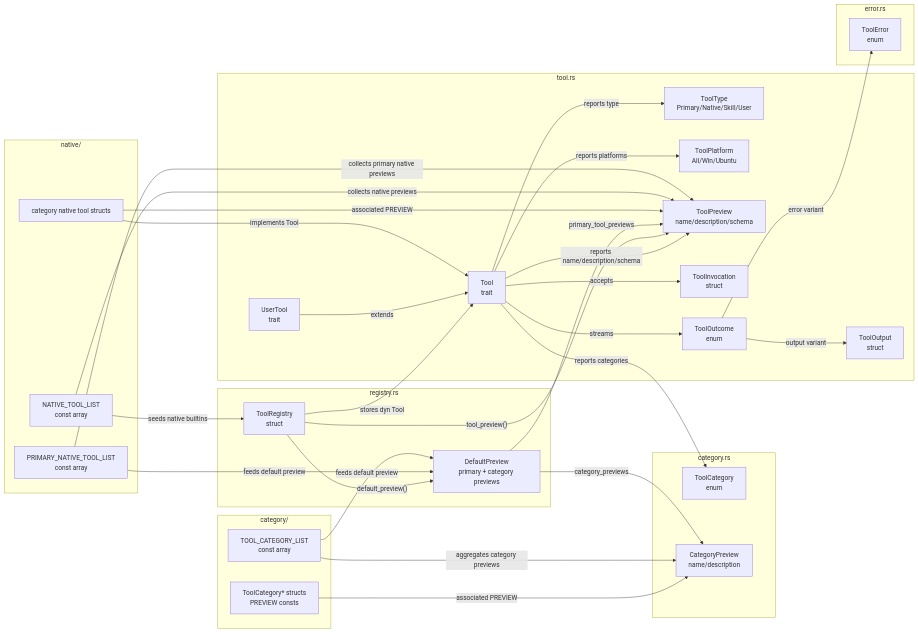
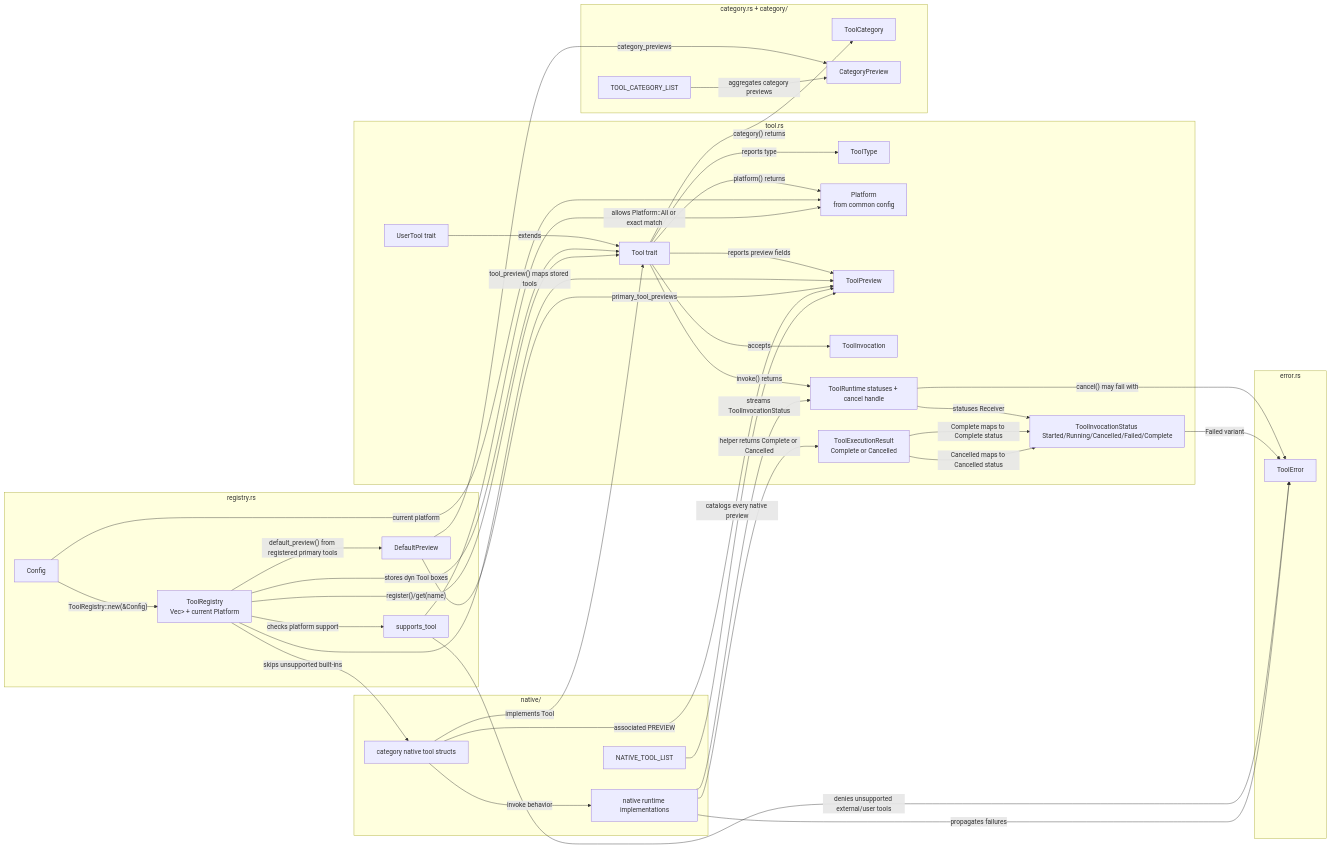
Before and after one commit to DexterDreeeam/Marix: the diagram in src/client/tool/.workflow.mmd, drawn with Mermaid. The commit also changed 51 other files, not shown here.

Commit message:
Unify tool runtime metadata

```diff
--- a/src/client/tool/.workflow.mmd
+++ b/src/client/tool/.workflow.mmd
@@ -1,60 +1,64 @@
 flowchart LR
-  subgraph category_rs["category.rs"]
-    ToolCategory["ToolCategory\nenum"]
-    CategoryPreview["CategoryPreview\nname/description"]
+  subgraph tool_rs["tool.rs"]
+    ToolType["ToolType"]
+    Platform["Platform\nfrom common config"]
+    ToolTrait["Tool trait"]
+    UserTool["UserTool trait"]
+    ToolPreview["ToolPreview"]
+    ToolInvocation["ToolInvocation"]
+    ToolRuntime["ToolRuntime statuses + cancel handle"]
+    ToolInvocationStatus["ToolInvocationStatus Started/Running/Cancelled/Failed/Complete"]
+    ToolExecutionResult["ToolExecutionResult<T>\nComplete or Cancelled"]
+  end
+  subgraph registry_rs["registry.rs"]
+    Config["Config"]
+    DefaultPreview["DefaultPreview"]
+    ToolRegistry["ToolRegistry\nVec<Box<dyn Tool>> + current Platform"]
+    SupportCheck["supports_tool"]
+  end
+  subgraph error_rs["error.rs"]
+    ToolError["ToolError"]
+  end
+  subgraph category["category.rs + category/"]
+    ToolCategory["ToolCategory"]
+    CategoryPreview["CategoryPreview"]
+    ToolCategoryList["TOOL_CATEGORY_LIST"]
+  end
+  subgraph native["native/"]
+    NativeToolList["NATIVE_TOOL_LIST"]
+    NativeToolStructs["category native tool structs"]
+    NativeRuntimeImplementations["native runtime implementations"]
   end
 
-  subgraph tool_rs["tool.rs"]
-    ToolType["ToolType\nPrimary/Native/Skill/User"]
-    ToolPlatform["ToolPlatform\nAll/Win/Ubuntu"]
-    ToolTrait["Tool\ntrait"]
-    UserTool["UserTool\ntrait"]
-    ToolPreview["ToolPreview\nname/description/schema"]
-    ToolInvocation["ToolInvocation\nstruct"]
-    ToolOutput["ToolOutput\nstruct"]
-    ToolOutcome["ToolOutcome\nenum"]
-  end
-
-  subgraph category_folder["category/"]
-    ToolCategoryStructs["ToolCategory* structs\nPREVIEW consts"]
-    ToolCategoryList["TOOL_CATEGORY_LIST\nconst array"]
-  end
-
-  subgraph registry_rs["registry.rs"]
-    DefaultPreview["DefaultPreview\nprimary + category previews"]
-    ToolRegistry["ToolRegistry\nstruct"]
-  end
-
-  subgraph error_rs["error.rs"]
-    ToolError["ToolError\nenum"]
-  end
-
-  subgraph native["native/"]
-    PrimaryNativeToolList["PRIMARY_NATIVE_TOOL_LIST\nconst array"]
-    NativeToolList["NATIVE_TOOL_LIST\nconst array"]
-    NativeToolStructs["category native tool structs"]
-  end
-
-  ToolCategoryStructs -->|"associated PREVIEW"| CategoryPreview
-  ToolCategoryList -->|"aggregates category previews"| CategoryPreview
   ToolTrait -->|"reports type"| ToolType
-  ToolTrait -->|"reports platforms"| ToolPlatform
-  ToolTrait -->|"reports categories"| ToolCategory
-  ToolTrait -->|"reports name/description/schema"| ToolPreview
+  ToolTrait -->|"platform() returns"| Platform
+  ToolTrait -->|"category() returns"| ToolCategory
+  ToolTrait -->|"reports preview fields"| ToolPreview
   ToolTrait -->|"accepts"| ToolInvocation
-  ToolTrait -->|"streams"| ToolOutcome
+  ToolTrait -->|"invoke() returns"| ToolRuntime
+  ToolRuntime -->|"statuses Receiver"| ToolInvocationStatus
+  ToolRuntime -->|"cancel() may fail with"| ToolError
+  ToolInvocationStatus -->|"Failed variant"| ToolError
   UserTool -->|"extends"| ToolTrait
-  ToolOutcome -->|"output variant"| ToolOutput
-  ToolOutcome -->|"error variant"| ToolError
-  ToolRegistry -->|"stores dyn Tool"| ToolTrait
-  ToolRegistry -->|"default_preview()"| DefaultPreview
-  ToolRegistry -->|"tool_preview()"| ToolPreview
+  Config -->|"ToolRegistry::new(&Config)"| ToolRegistry
+  Config -->|"current platform"| Platform
+  ToolRegistry -->|"stores dyn Tool boxes"| ToolTrait
+  ToolRegistry -->|"register()/get(name)"| ToolTrait
+  ToolRegistry -->|"checks platform support"| SupportCheck
+  SupportCheck -->|"allows Platform::All or exact match"| Platform
+  SupportCheck -->|"denies unsupported external/user tools"| ToolError
+  ToolRegistry -->|"skips unsupported built-ins"| NativeToolStructs
+  ToolRegistry -->|"default_preview() from registered primary tools"| DefaultPreview
+  ToolRegistry -->|"tool_preview() maps stored tools"| ToolPreview
   DefaultPreview -->|"primary_tool_previews"| ToolPreview
   DefaultPreview -->|"category_previews"| CategoryPreview
+  ToolCategoryList -->|"aggregates category previews"| CategoryPreview
   NativeToolStructs -->|"implements Tool"| ToolTrait
   NativeToolStructs -->|"associated PREVIEW"| ToolPreview
-  NativeToolList -->|"collects native previews"| ToolPreview
-  PrimaryNativeToolList -->|"collects primary native previews"| ToolPreview
-  PrimaryNativeToolList -->|"feeds default preview"| DefaultPreview
-  ToolCategoryList -->|"feeds default preview"| DefaultPreview
-  NativeToolList -->|"seeds native builtins"| ToolRegistry
+  NativeToolStructs -->|"invoke behavior"| NativeRuntimeImplementations
+  NativeRuntimeImplementations -->|"helper returns Complete or Cancelled"| ToolExecutionResult
+  ToolExecutionResult -->|"Complete maps to Complete status"| ToolInvocationStatus
+  ToolExecutionResult -->|"Cancelled maps to Cancelled status"| ToolInvocationStatus
+  NativeRuntimeImplementations -->|"propagates failures"| ToolError
+  NativeRuntimeImplementations -->|"streams ToolInvocationStatus"| ToolRuntime
+  NativeToolList -->|"catalogs every native preview"| ToolPreview
```
